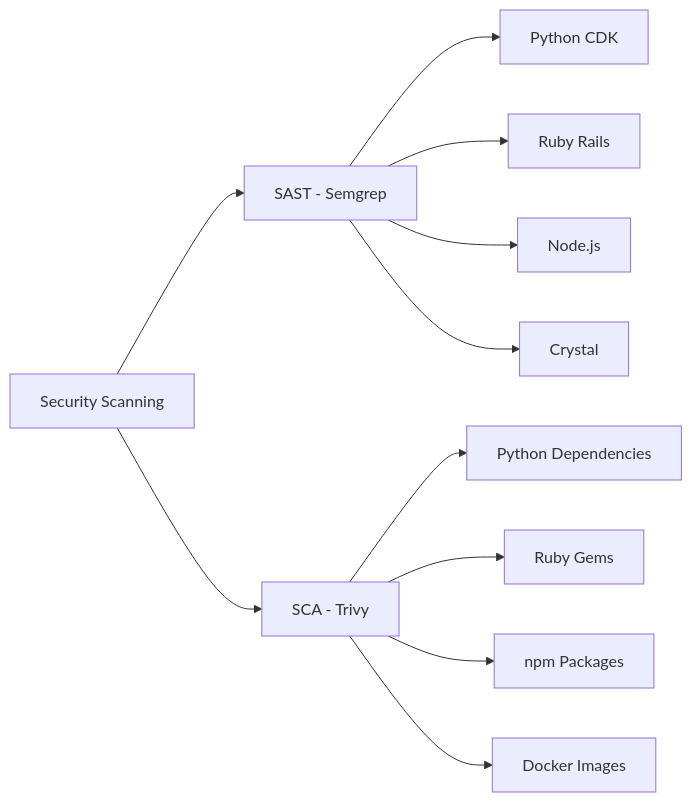
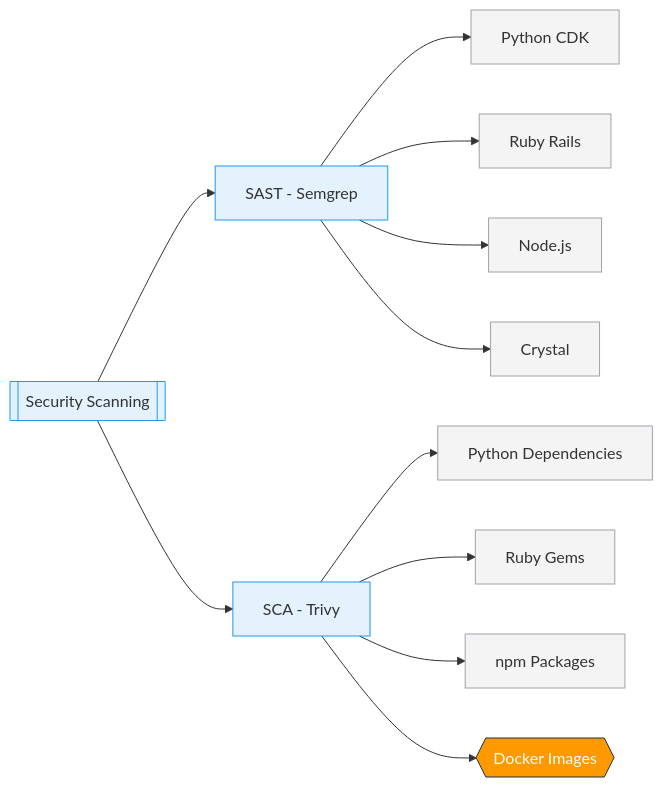
Before and after one commit to gamaware/system-design-course: the second of 2 diagrams in .github/SECURITY_WORKFLOW.md, drawn with Mermaid. The commit also changed other lines of this file and 7 other files, not shown here.

Commit message:
feat: enhance Mermaid diagrams with semantic shapes and styling

````diff
--- a/.github/SECURITY_WORKFLOW.md
+++ b/.github/SECURITY_WORKFLOW.md
@@ -44,17 +57,26 @@
 ```mermaid
 graph LR
-    A[Security Scanning] --> B[SAST - Semgrep]
-    A --> C[SCA - Trivy]
+    A[["Security Scanning"]] --> B["SAST - Semgrep"]
+    A --> C["SCA - Trivy"]
 
     %% SAST language coverage
-    B --> D[Python CDK]
-    B --> E[Ruby Rails]
-    B --> F[Node.js]
-    B --> G[Crystal]
+    B --> D["Python CDK"]
+    B --> E["Ruby Rails"]
+    B --> F["Node.js"]
+    B --> G["Crystal"]
 
     %% SCA dependency coverage
-    C --> H[Python Dependencies]
-    C --> I[Ruby Gems]
-    C --> J[npm Packages]
-    C --> K[Docker Images]
+    C --> H["Python Dependencies"]
+    C --> I["Ruby Gems"]
+    C --> J["npm Packages"]
+    C --> K{{"Docker Images"}}
+
+    %% Class definitions
+    classDef scanner fill:#E3F2FD,stroke:#2196F3
+    classDef lang fill:#f4f4f5,stroke:#a1a1aa
+    classDef container fill:#ff9900,stroke:#232f3e,color:#fff
+
+    class A,B,C scanner
+    class D,E,F,G,H,I,J lang
+    class K container
 ```
````
